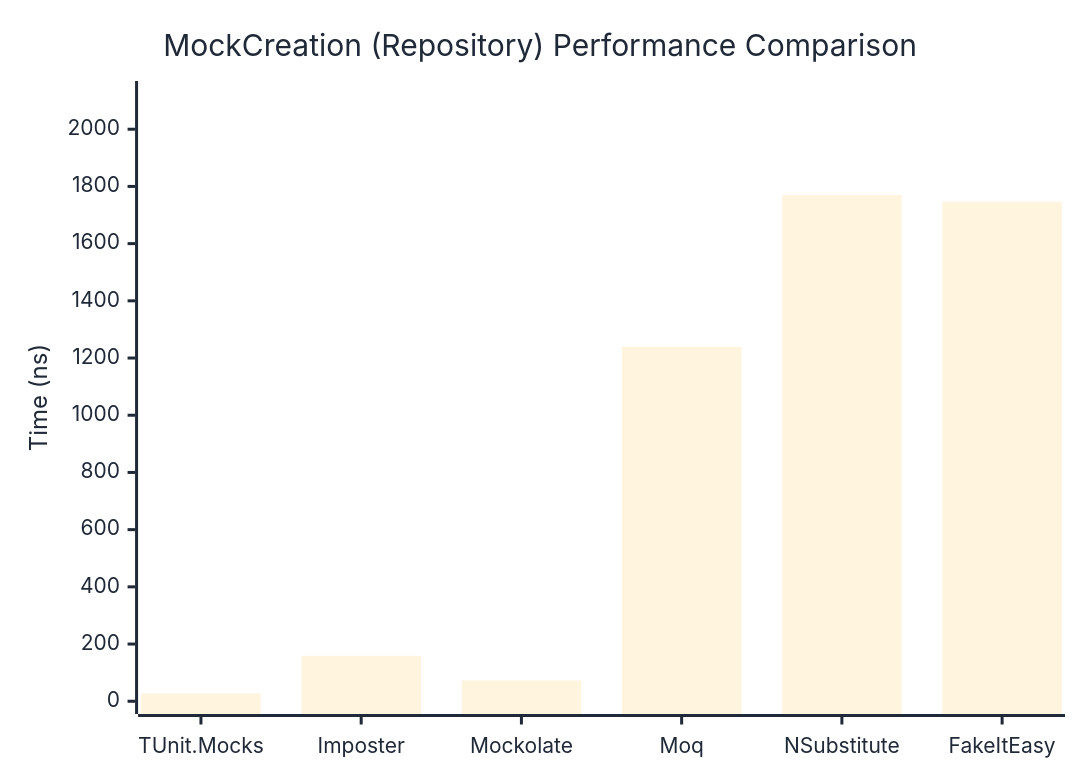
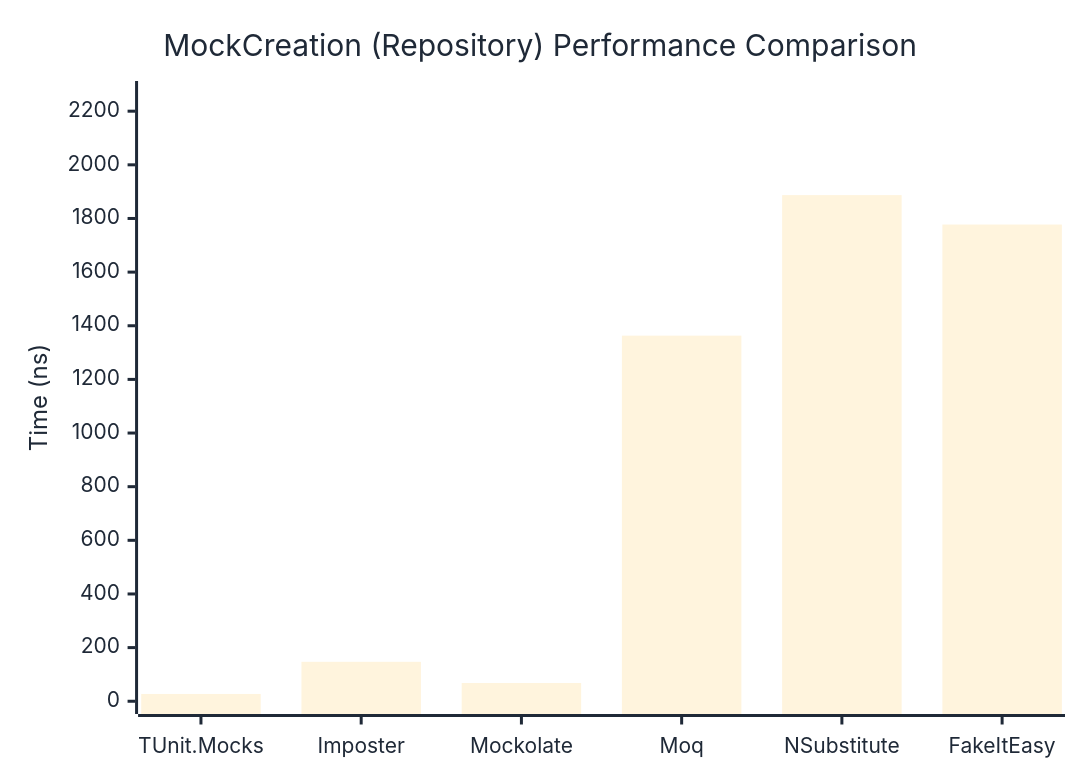
The second of 2 diagrams in docs/docs/benchmarks/mocks/MockCreation.md (thomhurst/TUnit), drawn with Mermaid before and after one commit. The commit also changed other lines of this file and 14 other files, not shown here.

````diff
--- a/docs/docs/benchmarks/mocks/MockCreation.md
+++ b/docs/docs/benchmarks/mocks/MockCreation.md
@@ -69,27 +69,27 @@
 ```mermaid
 %%{init: {
   'theme':'base',
   'themeVariables': {
     'primaryColor': '#2563eb',
     'primaryTextColor': '#1f2937',
     'primaryBorderColor': '#1e40af',
     'lineColor': '#6b7280',
     'secondaryColor': '#7c3aed',
     'tertiaryColor': '#dc2626',
     'background': '#ffffff',
     'pie1': '#2563eb',
     'pie2': '#7c3aed',
     'pie3': '#dc2626',
     'pie4': '#f59e0b',
     'pie5': '#10b981',
     'pie6': '#06b6d4',
     'pie7': '#ec4899',
     'pie8': '#6366f1'
   }
 }}%%
 xychart-beta
   title "MockCreation (Repository) Performance Comparison"
   x-axis ["TUnit.Mocks", "Imposter", "Mockolate", "Moq", "NSubstitute", "FakeItEasy"]
-  y-axis "Time (ns)" 0 --> 2124
-  bar [27.11, 158.61, 72.85, 1239.28, 1769.66, 1746.41]
+  y-axis "Time (ns)" 0 --> 2265
+  bar [27.21, 146.98, 68.03, 1363.17, 1887.11, 1777.38]
 ```
````
